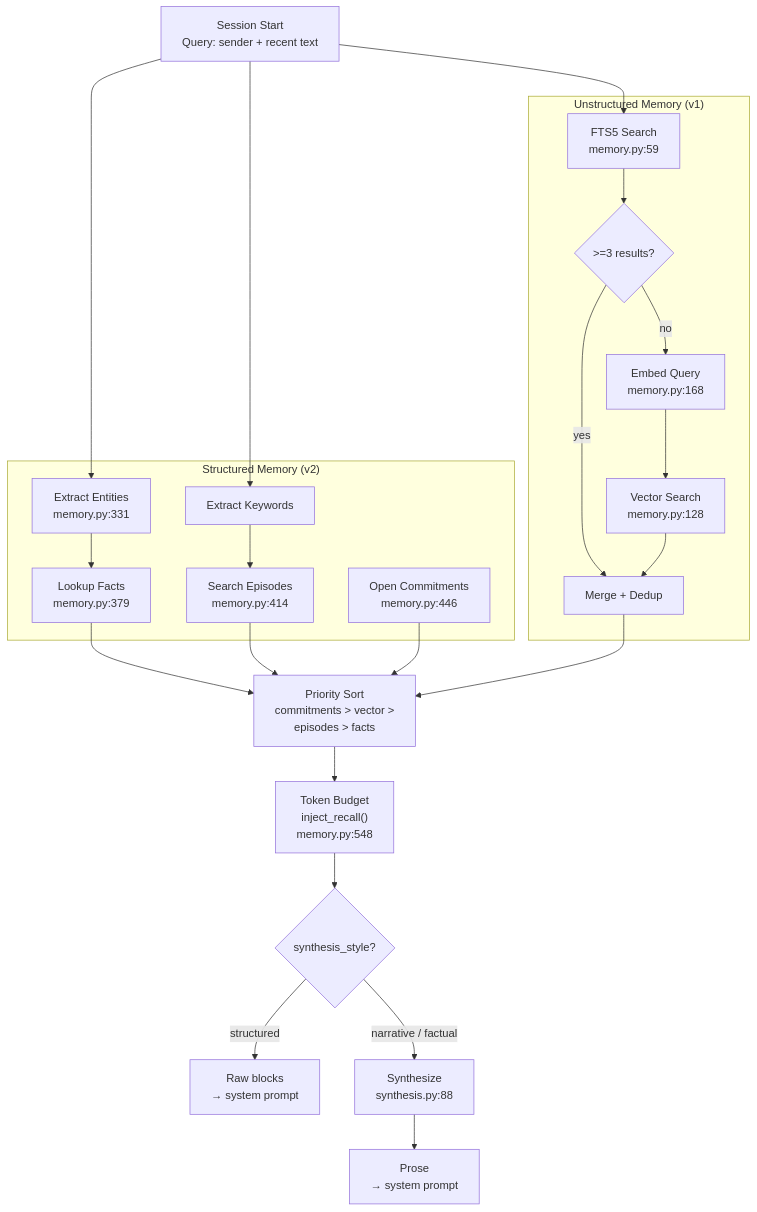
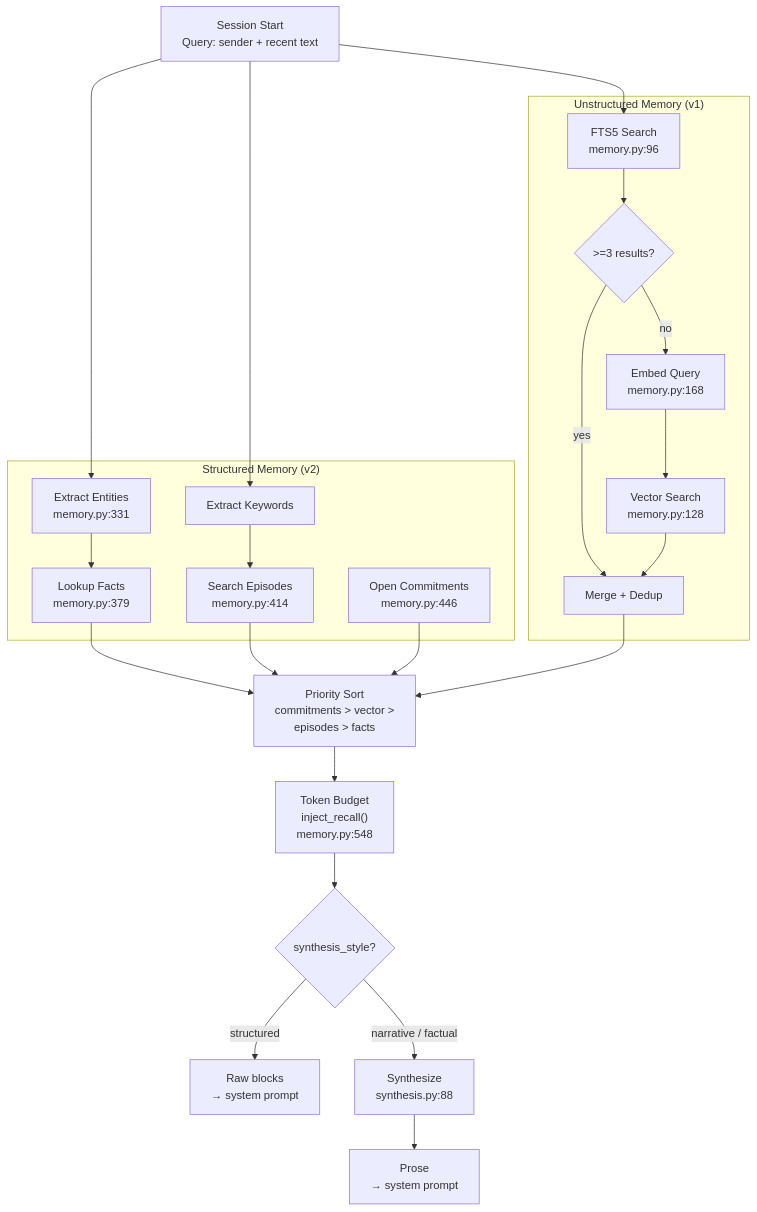
Before and after one commit to nicolasforstinger/lucyd: the fourth of 8 diagrams in docs/diagrams.md, drawn with Mermaid. The commit also changed other lines of this file, not shown here.

First line of the commit message:
fix: sync all diagram references with actual codebase line numbers

````diff
--- a/docs/diagrams.md
+++ b/docs/diagrams.md
@@ -134,42 +134,42 @@
 ```mermaid
 flowchart TD
     QUERY["Session Start<br/>Query: sender + recent text"]
 
     subgraph Structured["Structured Memory (v2)"]
         ENTITIES["Extract Entities<br/>memory.py:331"]
         FACTS["Lookup Facts<br/>memory.py:379"]
         KEYWORDS["Extract Keywords"]
         EPISODES["Search Episodes<br/>memory.py:414"]
         COMMITMENTS["Open Commitments<br/>memory.py:446"]
     end
 
     subgraph Unstructured["Unstructured Memory (v1)"]
-        FTS["FTS5 Search<br/>memory.py:59"]
+        FTS["FTS5 Search<br/>memory.py:96"]
         FTS_CHECK{">=3 results?"}
         EMBED["Embed Query<br/>memory.py:168"]
         VECTOR["Vector Search<br/>memory.py:128"]
         MERGE["Merge + Dedup"]
     end
 
     PRIORITY["Priority Sort<br/>commitments > vector ><br/>episodes > facts"]
     BUDGET["Token Budget<br/>inject_recall()<br/>memory.py:548"]
 
     SYNTH_CHECK{"synthesis_style?"}
     RAW["Raw blocks<br/>→ system prompt"]
     LLM_SYNTH["Synthesize<br/>synthesis.py:88"]
     PROSE["Prose<br/>→ system prompt"]
 
     QUERY --> ENTITIES --> FACTS
     QUERY --> KEYWORDS --> EPISODES
     QUERY --> FTS --> FTS_CHECK
     FTS_CHECK -->|yes| MERGE
     FTS_CHECK -->|no| EMBED --> VECTOR --> MERGE
 
     FACTS --> PRIORITY
     EPISODES --> PRIORITY
     COMMITMENTS --> PRIORITY
     MERGE --> PRIORITY
     PRIORITY --> BUDGET --> SYNTH_CHECK
     SYNTH_CHECK -->|structured| RAW
     SYNTH_CHECK -->|"narrative / factual"| LLM_SYNTH --> PROSE
 ```
````
